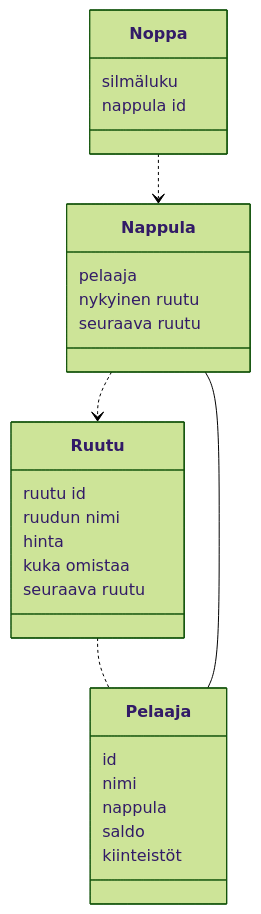
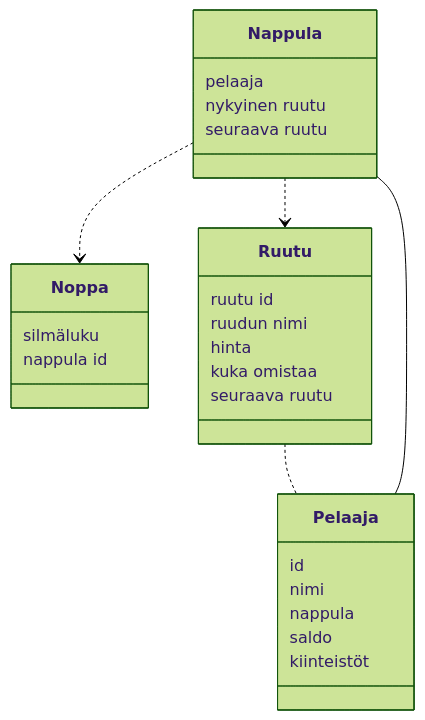
The diagram in laskarit/viikko3/luokkakaavio.md (hcaatu/ot-harjoitustyo), drawn with Mermaid (forest theme) before and after one commit.

````diff
--- a/laskarit/viikko3/luokkakaavio.md
+++ b/laskarit/viikko3/luokkakaavio.md
@@ -3,34 +3,34 @@
 ```mermaid
  classDiagram
-      Noppa ..> Nappula
+      Nappula ..> Noppa
       Pelaaja -- Nappula
       Nappula ..> Ruutu
       Ruutu .. Pelaaja
       
       class Ruutu{
           ruutu id
           ruudun nimi
           hinta
           kuka omistaa
           seuraava ruutu
       }
       class Pelaaja{
           id
           nimi
           nappula
           saldo
           kiinteistöt
       }    
       
       class Noppa{
           silmäluku
           nappula id
       }
       
       class Nappula{
           pelaaja
           nykyinen ruutu
           seuraava ruutu
       }
       
 ```
````
